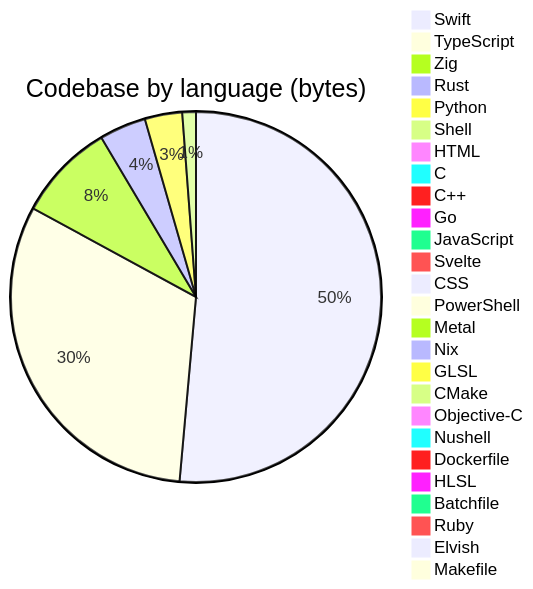
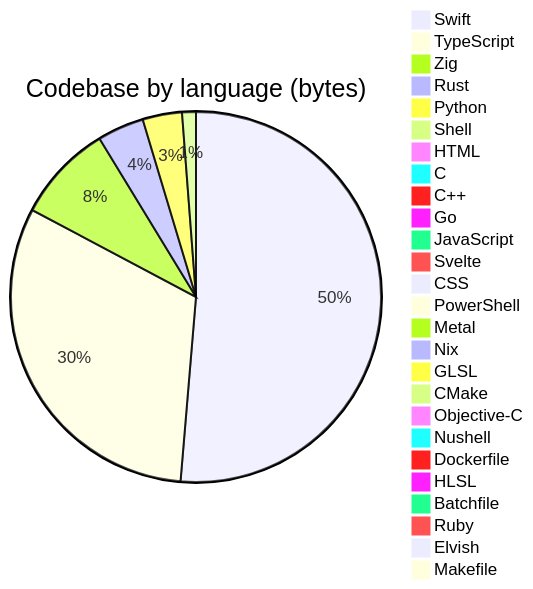
Before and after one commit to Open330/.github: the diagram in profile/README.md, drawn with Mermaid. The commit also changed other lines of this file, not shown here.

````diff
--- a/profile/README.md
+++ b/profile/README.md
@@ -144,29 +144,29 @@
 ```mermaid
 pie title Codebase by language (bytes)
-    "Swift" : 61210383
+    "Swift" : 61250897
     "TypeScript" : 37509227
     "Zig" : 10170181
     "Rust" : 4852399
-    "Python" : 3884172
-    "Shell" : 1416382
+    "Python" : 4098174
+    "Shell" : 1440635
     "HTML" : 947008
     "C" : 733012
     "C++" : 728032
     "Go" : 572897
-    "JavaScript" : 514883
+    "JavaScript" : 514855
     "Svelte" : 275766
     "CSS" : 258439
     "PowerShell" : 98390
     "Metal" : 58290
     "Nix" : 47837
     "GLSL" : 31433
     "CMake" : 16825
     "Objective-C" : 14285
     "Nushell" : 13719
     "Dockerfile" : 8884
     "HLSL" : 7527
     "Batchfile" : 5660
     "Ruby" : 4165
     "Elvish" : 4137
     "Makefile" : 2038
 ```
````
